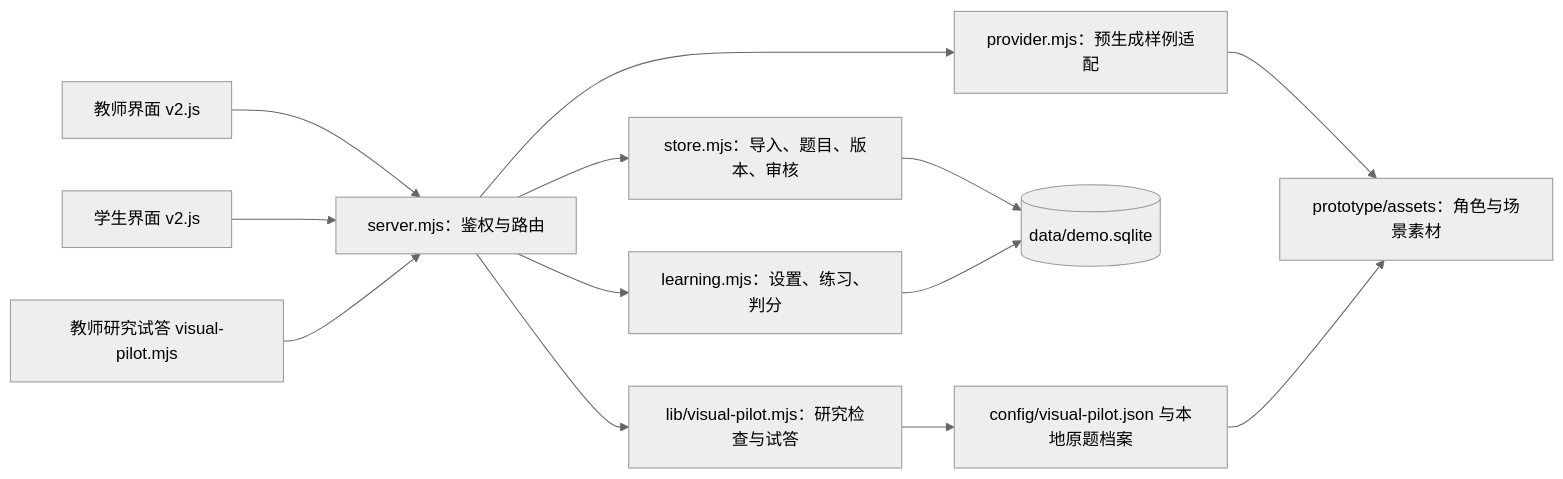
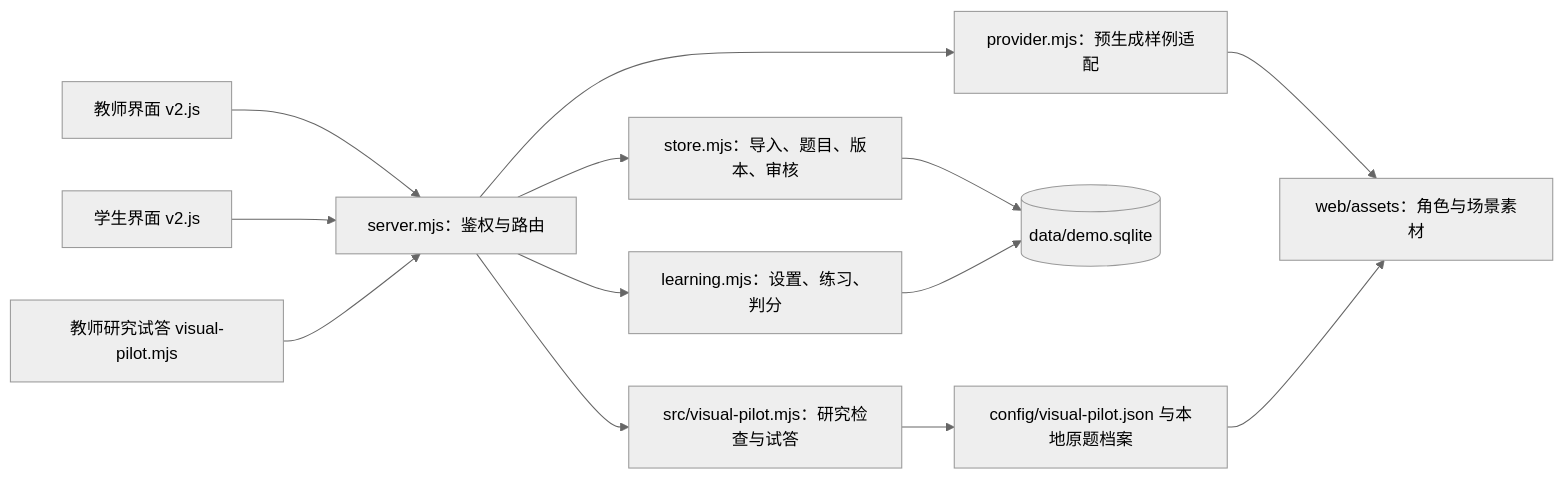
The second of 2 diagrams in docs/项目链路.md (acetaffyace/aixuexiaoanquanzhili), drawn with Mermaid (neutral theme) before and after one commit. The commit also changed other lines of this file and 74 other files, not shown here.

````diff
--- a/docs/项目链路.md
+++ b/docs/项目链路.md
@@ -153,15 +153,15 @@
 ```mermaid
 flowchart LR
   T[教师界面 v2.js] --> API[server.mjs：鉴权与路由]
   S[学生界面 v2.js] --> API
   API --> ST[store.mjs：导入、题目、版本、审核]
   API --> PR[provider.mjs：预生成样例适配]
   API --> LE[learning.mjs：设置、练习、判分]
   ST --> DB[(data/demo.sqlite)]
   LE --> DB
   VP[教师研究试答 visual-pilot.mjs] --> API
-  API --> VL[lib/visual-pilot.mjs：研究检查与试答]
+  API --> VL[src/visual-pilot.mjs：研究检查与试答]
   VL --> CF[config/visual-pilot.json 与本地原题档案]
-  PR --> AS[prototype/assets：角色与场景素材]
+  PR --> AS[web/assets：角色与场景素材]
   CF --> AS
 ```
````
